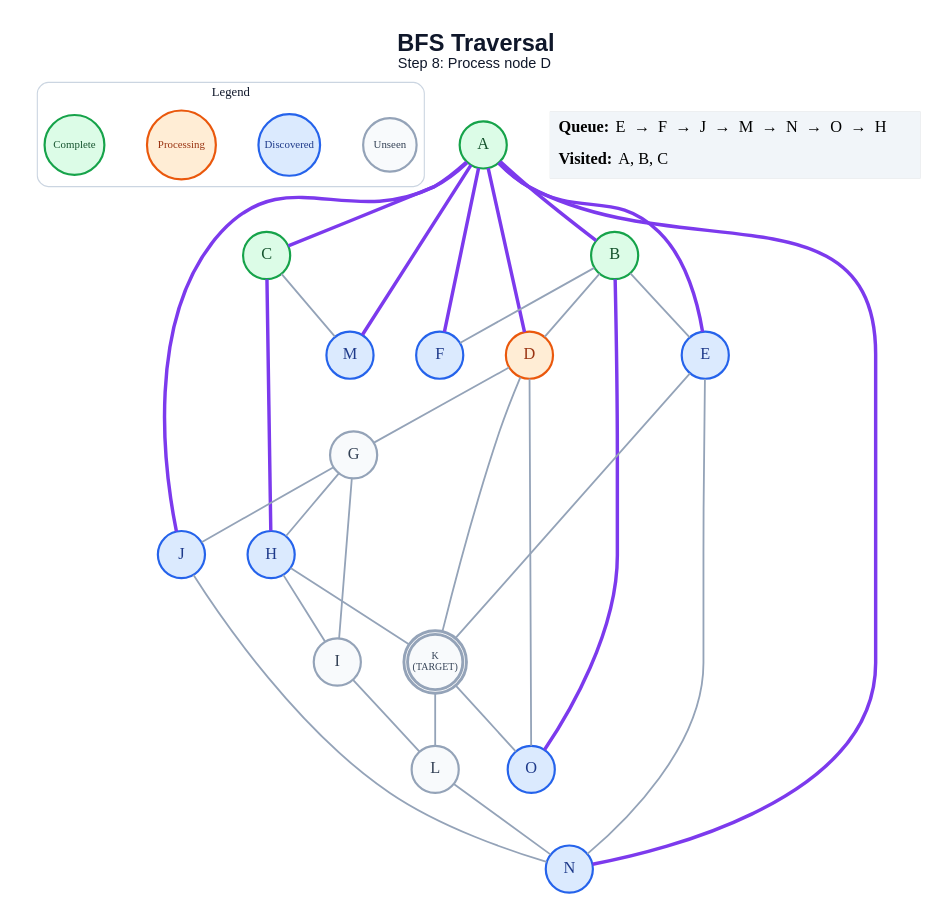
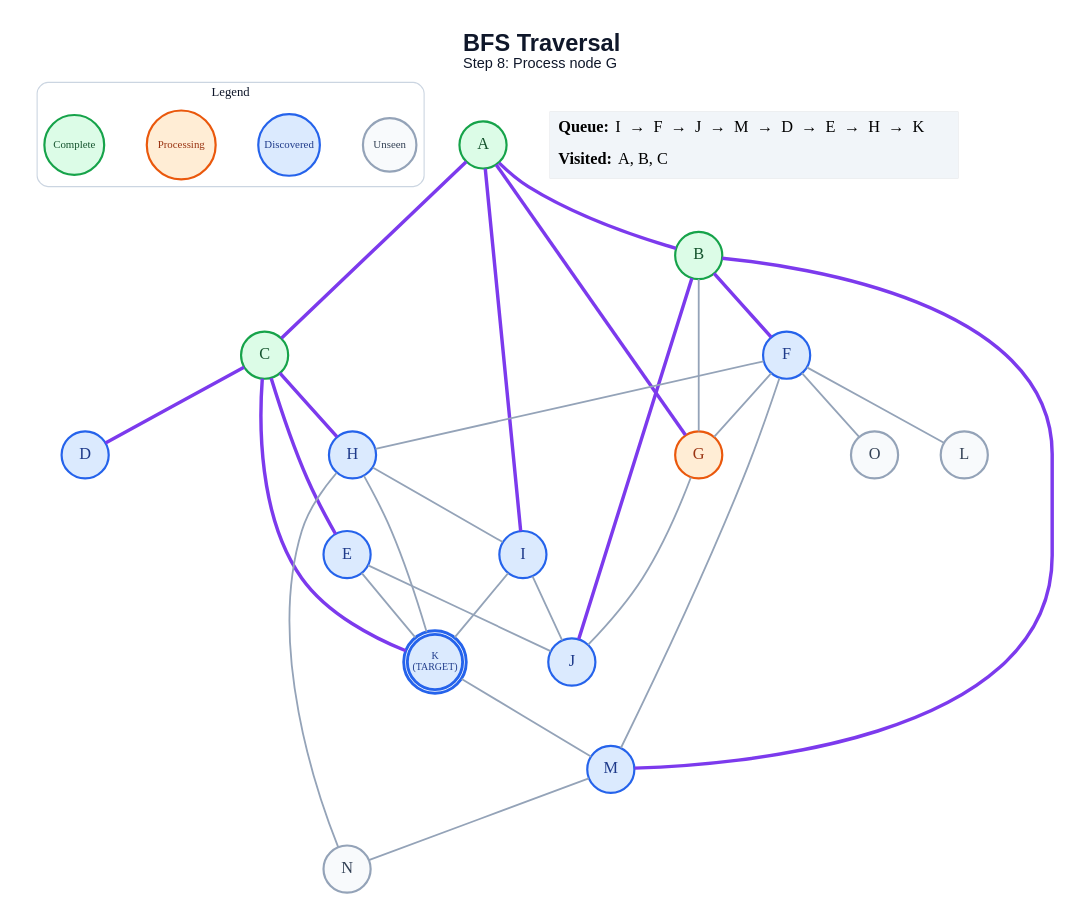
One commit to anon7238593-create/ai-slop changed the diagram in generated/specific-node/bfs/step_08.dot. Above: the diagram before and after it, drawn with Graphviz. The commit also changed 211 other files, not shown here.

```diff
--- a/generated/specific-node/bfs/step_08.dot
+++ b/generated/specific-node/bfs/step_08.dot
@@ -1,63 +1,61 @@
 graph traversal {
   graph [layout=dot, rankdir=TB, bgcolor="#FFFFFF", pad="0.35", nodesep="0.65", ranksep="0.8", fontname="Arial"];
   node [shape=circle, style="filled", fontname="Arial Bold", fontsize=18, width=0.72, fixedsize=true, penwidth=2.4];
   edge [color="#94A3B8", penwidth=2.0];
-  label=<<B>BFS Traversal</B><BR/><FONT POINT-SIZE="16">Step 8: Process node D</FONT>>; labelloc="t"; fontsize=26; fontname="Arial"; fontcolor="#0F172A";
+  label=<<B>BFS Traversal</B><BR/><FONT POINT-SIZE="16">Step 8: Process node G</FONT>>; labelloc="t"; fontsize=26; fontname="Arial"; fontcolor="#0F172A";
   subgraph cluster_legend { label="Legend"; color="#CBD5E1"; penwidth=1.2; style="rounded"; fontsize=14; fontname="Arial Bold";
     key_unseen [label="Unseen", fillcolor="#F8FAFC", color="#94A3B8", fontcolor="#334155", fontsize=12, width=0.82];
     key_frontier [label="Discovered", fillcolor="#DBEAFE", color="#2563EB", fontcolor="#1E3A8A", fontsize=12, width=0.95];
     key_current [label="Processing", fillcolor="#FFEDD5", color="#EA580C", fontcolor="#9A3412", fontsize=12, width=1.05];
     key_done [label="Complete", fillcolor="#DCFCE7", color="#16A34A", fontcolor="#14532D", fontsize=12, width=0.92];
     { rank=same; key_unseen; key_frontier; key_current; key_done; }
   }
   A [label="A", fillcolor="#DCFCE7", color="#16A34A", fontcolor="#14532D", peripheries=1, penwidth=2.4];
   B [label="B", fillcolor="#DCFCE7", color="#16A34A", fontcolor="#14532D", peripheries=1, penwidth=2.4];
   C [label="C", fillcolor="#DCFCE7", color="#16A34A", fontcolor="#14532D", peripheries=1, penwidth=2.4];
-  D [label="D", fillcolor="#FFEDD5", color="#EA580C", fontcolor="#9A3412", peripheries=1, penwidth=2.4];
+  D [label="D", fillcolor="#DBEAFE", color="#2563EB", fontcolor="#1E3A8A", peripheries=1, penwidth=2.4];
   E [label="E", fillcolor="#DBEAFE", color="#2563EB", fontcolor="#1E3A8A", peripheries=1, penwidth=2.4];
   F [label="F", fillcolor="#DBEAFE", color="#2563EB", fontcolor="#1E3A8A", peripheries=1, penwidth=2.4];
-  G [label="G", fillcolor="#F8FAFC", color="#94A3B8", fontcolor="#334155", peripheries=1, penwidth=2.4];
+  G [label="G", fillcolor="#FFEDD5", color="#EA580C", fontcolor="#9A3412", peripheries=1, penwidth=2.4];
   H [label="H", fillcolor="#DBEAFE", color="#2563EB", fontcolor="#1E3A8A", peripheries=1, penwidth=2.4];
-  I [label="I", fillcolor="#F8FAFC", color="#94A3B8", fontcolor="#334155", peripheries=1, penwidth=2.4];
+  I [label="I", fillcolor="#DBEAFE", color="#2563EB", fontcolor="#1E3A8A", peripheries=1, penwidth=2.4];
   J [label="J", fillcolor="#DBEAFE", color="#2563EB", fontcolor="#1E3A8A", peripheries=1, penwidth=2.4];
-  K [label="K\n(TARGET)", fillcolor="#F8FAFC", color="#94A3B8", fontcolor="#334155", peripheries=2, penwidth=3.2, fontsize=11, width=0.85, height=0.85];
+  K [label="K\n(TARGET)", fillcolor="#DBEAFE", color="#2563EB", fontcolor="#1E3A8A", peripheries=2, penwidth=3.2, fontsize=11, width=0.85, height=0.85];
   L [label="L", fillcolor="#F8FAFC", color="#94A3B8", fontcolor="#334155", peripheries=1, penwidth=2.4];
   M [label="M", fillcolor="#DBEAFE", color="#2563EB", fontcolor="#1E3A8A", peripheries=1, penwidth=2.4];
-  N [label="N", fillcolor="#DBEAFE", color="#2563EB", fontcolor="#1E3A8A", peripheries=1, penwidth=2.4];
-  O [label="O", fillcolor="#DBEAFE", color="#2563EB", fontcolor="#1E3A8A", peripheries=1, penwidth=2.4];
+  N [label="N", fillcolor="#F8FAFC", color="#94A3B8", fontcolor="#334155", peripheries=1, penwidth=2.4];
+  O [label="O", fillcolor="#F8FAFC", color="#94A3B8", fontcolor="#334155", peripheries=1, penwidth=2.4];
   A -- B [color="#7C3AED", penwidth=3.8];
   A -- C [color="#7C3AED", penwidth=3.8];
-  A -- D [color="#7C3AED", penwidth=3.8];
-  A -- E [color="#7C3AED", penwidth=3.8];
-  A -- F [color="#7C3AED", penwidth=3.8];
-  A -- J [color="#7C3AED", penwidth=3.8];
-  A -- M [color="#7C3AED", penwidth=3.8];
-  A -- N [color="#7C3AED", penwidth=3.8];
-  B -- D;
-  B -- E;
-  B -- F;
-  B -- O [color="#7C3AED", penwidth=3.8];
+  A -- G [color="#7C3AED", penwidth=3.8];
+  A -- I [color="#7C3AED", penwidth=3.8];
+  B -- F [color="#7C3AED", penwidth=3.8];
+  B -- G;
+  B -- J [color="#7C3AED", penwidth=3.8];
+  B -- M [color="#7C3AED", penwidth=3.8];
+  C -- D [color="#7C3AED", penwidth=3.8];
+  C -- E [color="#7C3AED", penwidth=3.8];
   C -- H [color="#7C3AED", penwidth=3.8];
-  C -- M;
-  D -- G;
-  D -- K;
-  D -- O;
+  C -- K [color="#7C3AED", penwidth=3.8];
+  E -- J;
   E -- K;
-  E -- N;
-  G -- H;
-  G -- I;
+  F -- G;
+  F -- H;
+  F -- L;
+  F -- M;
+  F -- O;
   G -- J;
   H -- I;
   H -- K;
-  I -- L;
-  J -- N;
-  K -- L;
-  K -- O;
-  L -- N;
+  H -- N;
+  I -- J;
+  I -- K;
+  K -- M;
+  M -- N;
   status [shape=plain, fixedsize=false, width=0, height=0, margin=0, label=<
     <TABLE BORDER="0" CELLBORDER="0" CELLPADDING="7" BGCOLOR="#F1F5F9">
-      <TR><TD ALIGN="LEFT"><B>Queue:</B> E  →  F  →  J  →  M  →  N  →  O  →  H</TD></TR>
+      <TR><TD ALIGN="LEFT"><B>Queue:</B> I  →  F  →  J  →  M  →  D  →  E  →  H  →  K</TD></TR>
       <TR><TD ALIGN="LEFT"><B>Visited:</B> A, B, C</TD></TR>
     </TABLE>
   >];
 }
```
